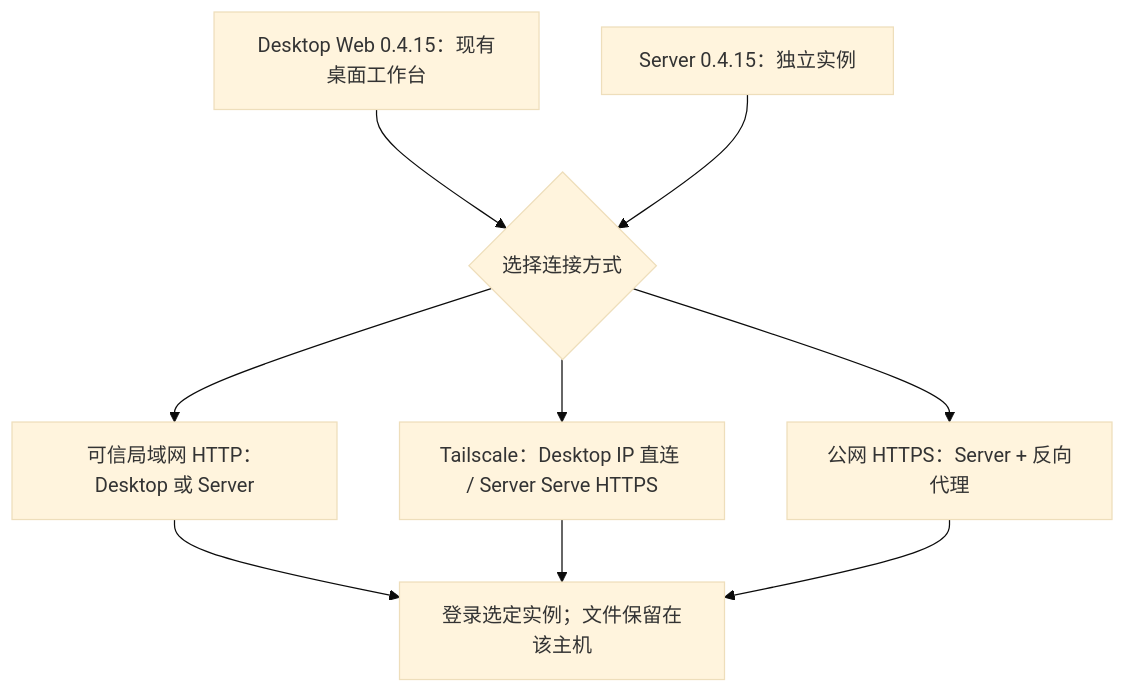
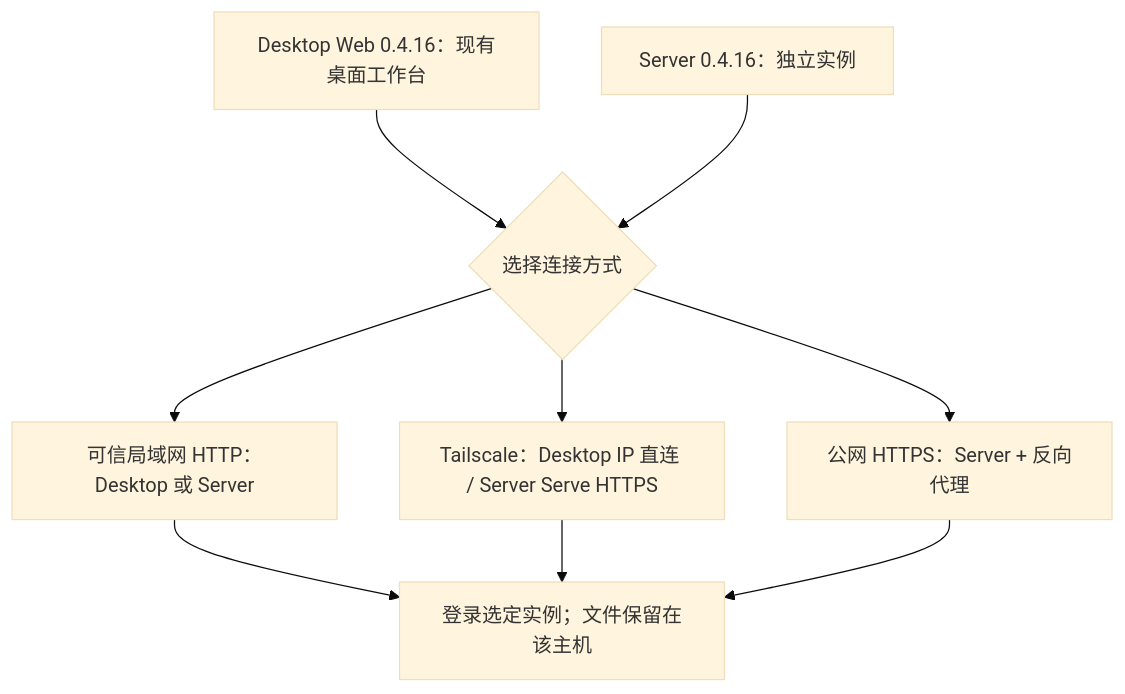
The diagram in website/site/public/assets/diagrams/deployment-choice-zh.mmd (123eyu/rovai-ai), drawn with Mermaid (base theme) before and after one commit. The commit also changed 11 other files, not shown here.

```diff
--- a/website/site/public/assets/diagrams/deployment-choice-zh.mmd
+++ b/website/site/public/assets/diagrams/deployment-choice-zh.mmd
@@ -1,12 +1,12 @@
 flowchart TB
-  desktop["Desktop Web 0.4.15：现有桌面工作台"]
-  server["Server 0.4.15：独立实例"]
+  desktop["Desktop Web 0.4.16：现有桌面工作台"]
+  server["Server 0.4.16：独立实例"]
   choice{"选择连接方式"}
   desktop --> choice
   server --> choice
   choice --> lan["可信局域网 HTTP：Desktop 或 Server"]
   choice --> ts["Tailscale：Desktop IP 直连 / Server Serve HTTPS"]
   choice --> public["公网 HTTPS：Server + 反向代理"]
   lan --> login["登录选定实例；文件保留在该主机"]
   ts --> login
   public --> login
```
